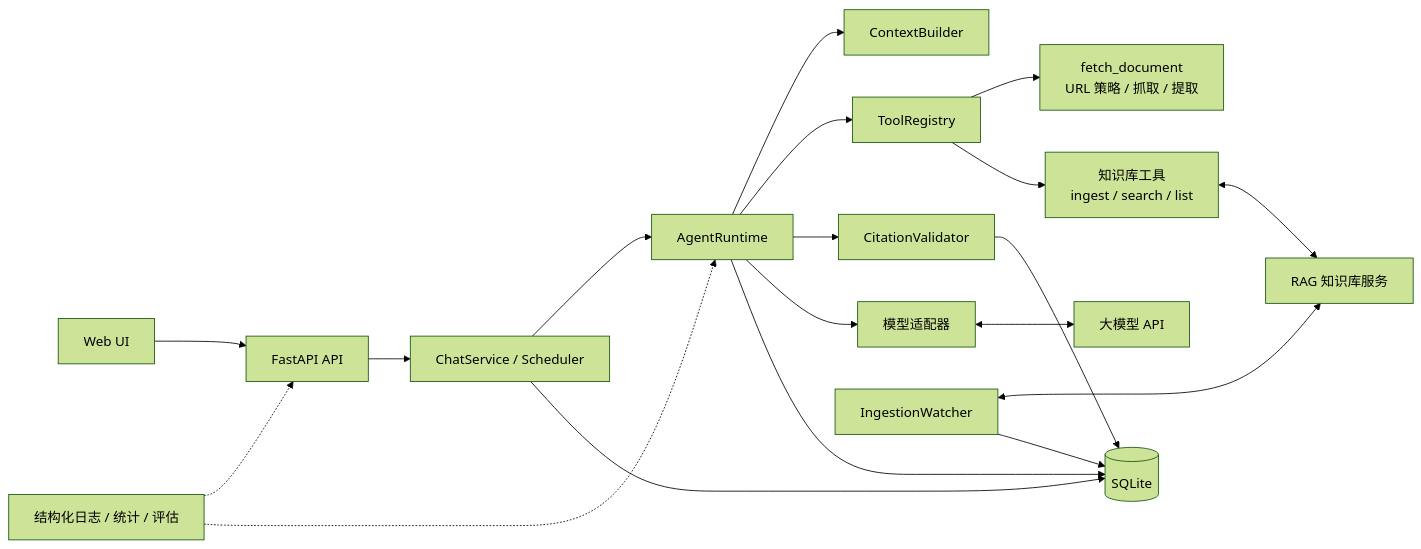
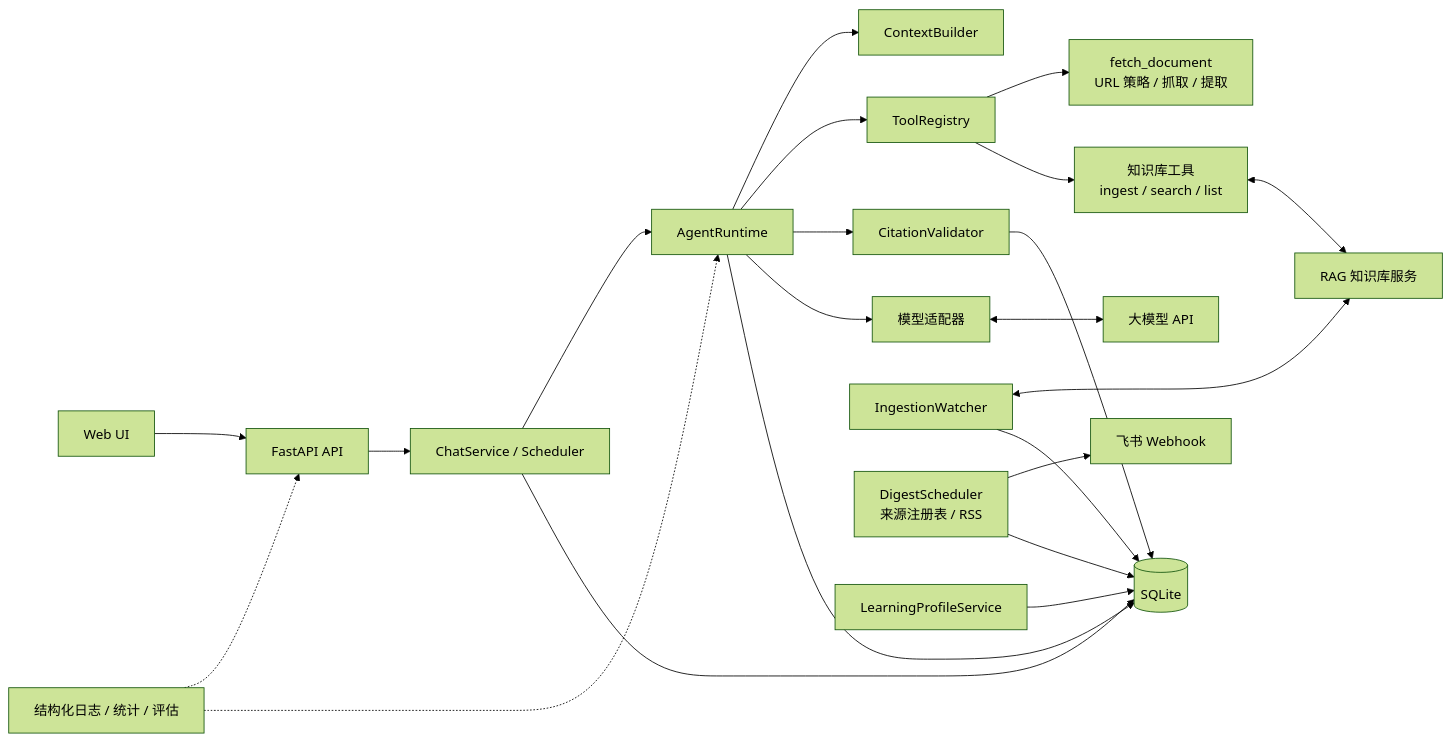
The diagram in README.md (Rena-xie/ai_learning_agent), drawn with Mermaid (forest theme) before and after one commit. The commit also changed other lines of this file and 34 other files, not shown here.

````diff
--- a/README.md
+++ b/README.md
@@ -24,20 +27,23 @@
 ```mermaid
 flowchart LR
     UI["Web UI"] --> API["FastAPI API"]
     API --> SVC["ChatService / Scheduler"]
     SVC --> RT["AgentRuntime"]
     RT --> CTX["ContextBuilder"]
     RT --> TOOLS["ToolRegistry"]
     RT --> CITE["CitationValidator"]
     RT --> MODEL["模型适配器"] <--> LLM["大模型 API"]
     TOOLS --> FETCH["fetch_document<br/>URL 策略 / 抓取 / 提取"]
     TOOLS --> KB["知识库工具<br/>ingest / search / list"]
     KB <--> RAG["RAG 知识库服务"]
     WATCH["IngestionWatcher"] <--> RAG
-    WATCH --> DB[("SQLite")]
+    DIGEST["DigestScheduler<br/>来源注册表 / RSS"] --> FEISHU["飞书 Webhook"]
+    DIGEST --> DB[("SQLite")]
+    PROFILE["LearningProfileService"] --> DB
+    WATCH --> DB
     SVC --> DB
     RT --> DB
     CITE --> DB
     OBS["结构化日志 / 统计 / 评估"] -.-> API
     OBS -.-> RT
 ```
````
